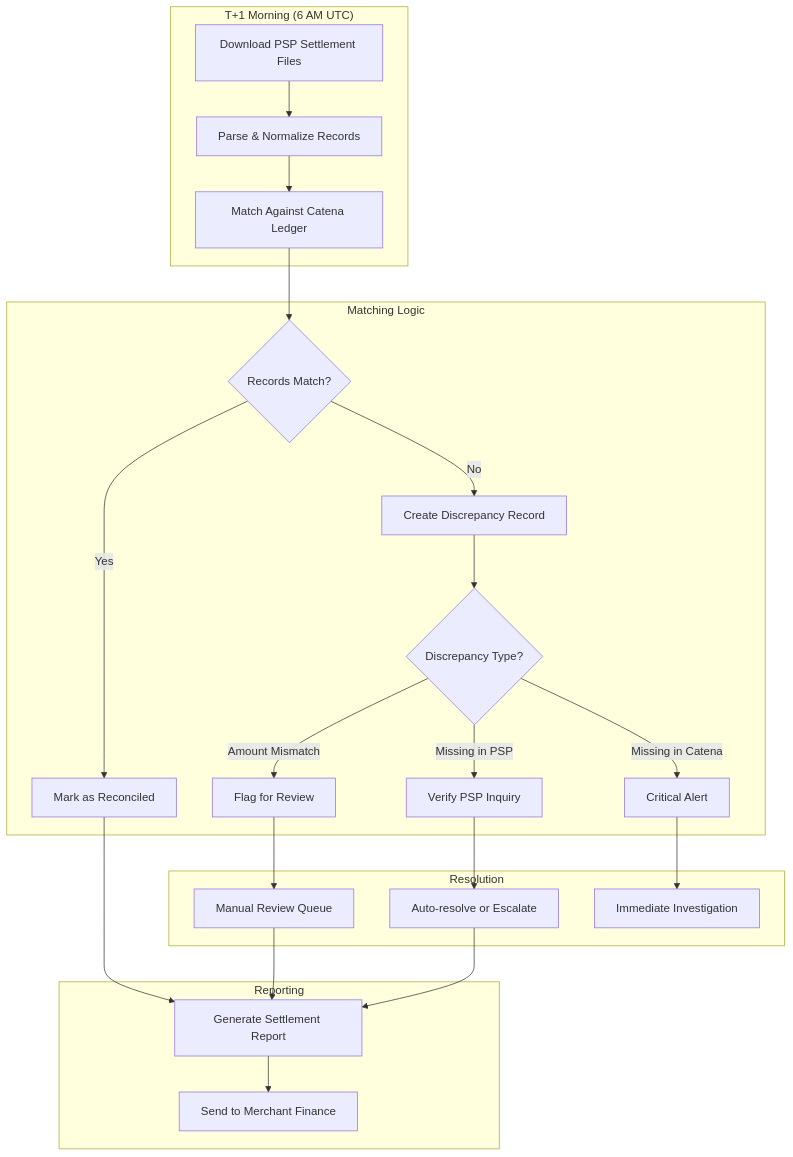
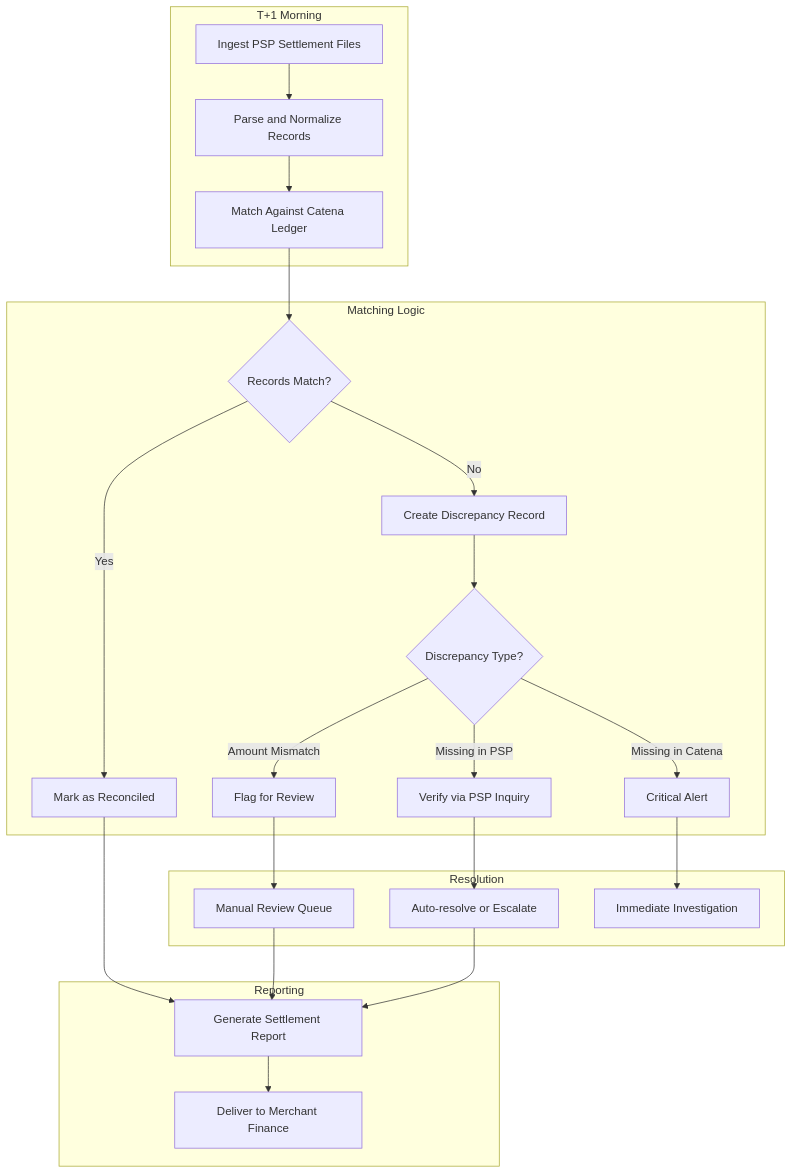
Diagram 12 of 15 in PRD.md (ashishthakur913/catenadocs), drawn with Mermaid before and after one commit. The commit also changed other lines of this file and 1 other file, not shown here.

````diff
--- a/PRD.md
+++ b/PRD.md
@@ -1578,30 +1001,30 @@
 ```mermaid
 flowchart TD
-    subgraph "T+1 Morning (6 AM UTC)"
-        A[Download PSP Settlement Files] --> B[Parse & Normalize Records]
+    subgraph "T+1 Morning"
+        A[Ingest PSP Settlement Files] --> B[Parse and Normalize Records]
         B --> C[Match Against Catena Ledger]
     end
     
     subgraph "Matching Logic"
         C --> D{Records Match?}
         D -->|Yes| E[Mark as Reconciled]
         D -->|No| F[Create Discrepancy Record]
         F --> G{Discrepancy Type?}
         G -->|Amount Mismatch| H[Flag for Review]
-        G -->|Missing in PSP| I[Verify PSP Inquiry]
+        G -->|Missing in PSP| I[Verify via PSP Inquiry]
         G -->|Missing in Catena| J[Critical Alert]
     end
     
     subgraph "Resolution"
         H --> K[Manual Review Queue]
         I --> L[Auto-resolve or Escalate]
         J --> M[Immediate Investigation]
     end
     
     subgraph "Reporting"
         E --> N[Generate Settlement Report]
         K --> N
         L --> N
-        N --> O[Send to Merchant Finance]
+        N --> O[Deliver to Merchant Finance]
     end
 ```
````
